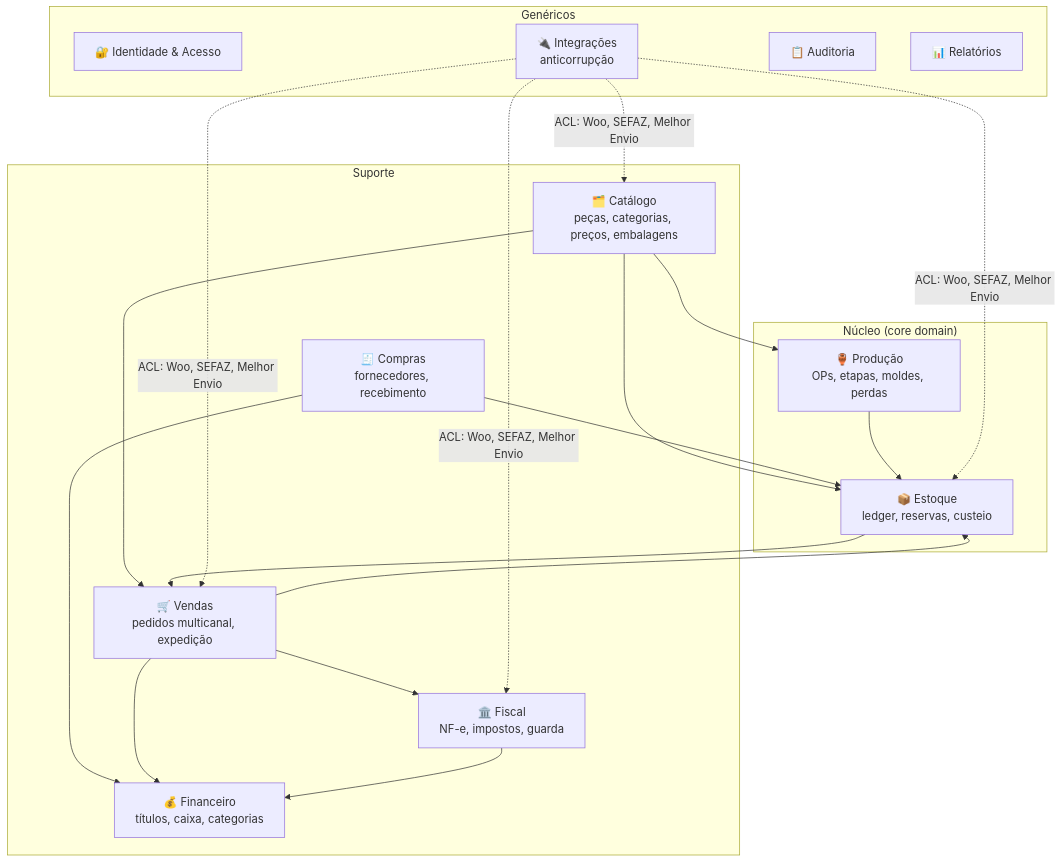
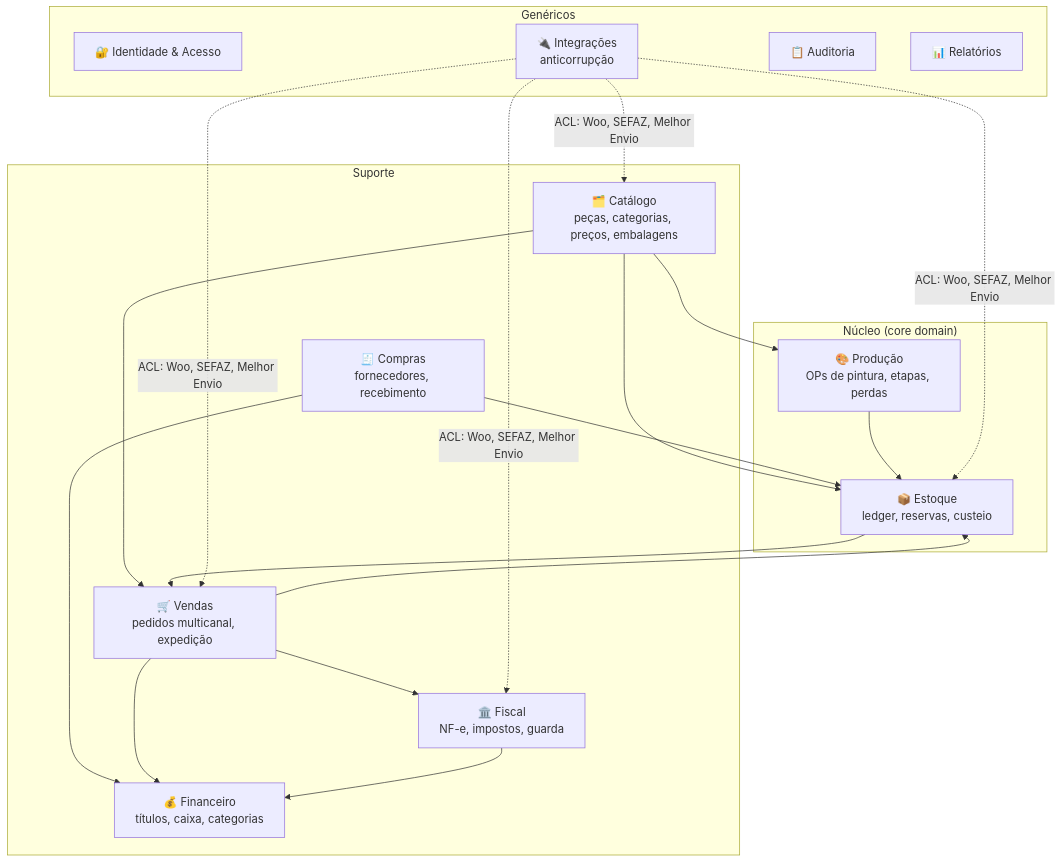
The diagram in docs/02-Dominio/README.md (diegocarlesso/Gestao_Dona_Arteira), drawn with Mermaid before and after one commit. The commit also changed other lines of this file and 24 other files, not shown here.

````diff
--- a/docs/02-Dominio/README.md
+++ b/docs/02-Dominio/README.md
@@ -17,27 +17,27 @@
 ```mermaid
 flowchart TB
     subgraph nucleo["Núcleo (core domain)"]
-        PROD["🏺 Produção<br/>OPs, etapas, moldes, perdas"]
+        PROD["🎨 Produção<br/>OPs de pintura, etapas, perdas"]
         EST["📦 Estoque<br/>ledger, reservas, custeio"]
     end
     subgraph suporte["Suporte"]
         CAT["🗂️ Catálogo<br/>peças, categorias, preços, embalagens"]
         VEN["🛒 Vendas<br/>pedidos multicanal, expedição"]
         COM["🧾 Compras<br/>fornecedores, recebimento"]
         FIN["💰 Financeiro<br/>títulos, caixa, categorias"]
         FIS["🏛️ Fiscal<br/>NF-e, impostos, guarda"]
     end
     subgraph genericos["Genéricos"]
         IAM["🔐 Identidade & Acesso"]
         INT["🔌 Integrações<br/>anticorrupção"]
         AUD["📋 Auditoria"]
         REL["📊 Relatórios"]
     end
     CAT --> PROD & VEN & EST
     COM --> EST & FIN
     PROD --> EST
     EST --> VEN
     VEN --> FIS & FIN & EST
     FIS --> FIN
     INT -. "ACL: Woo, SEFAZ, Melhor Envio" .-> VEN & CAT & EST & FIS
 ```
````
